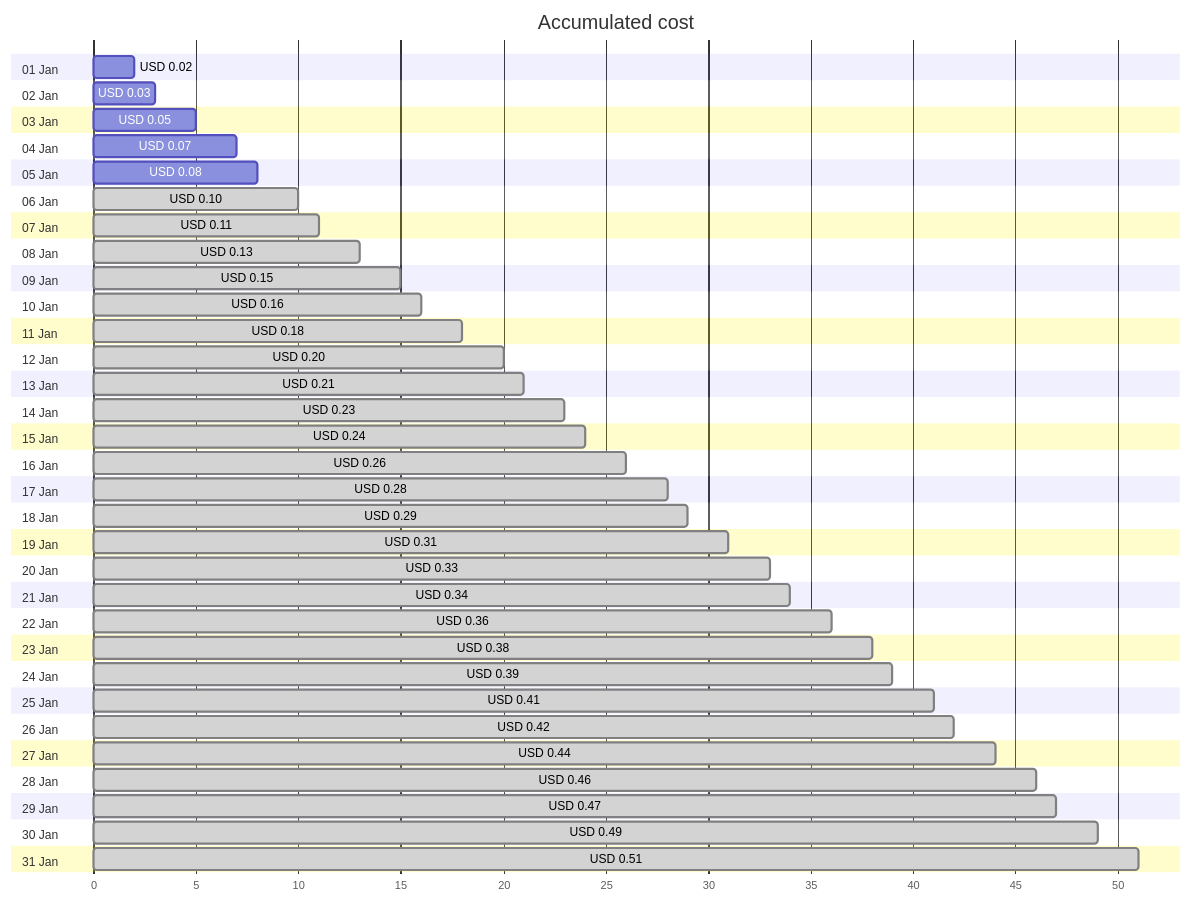
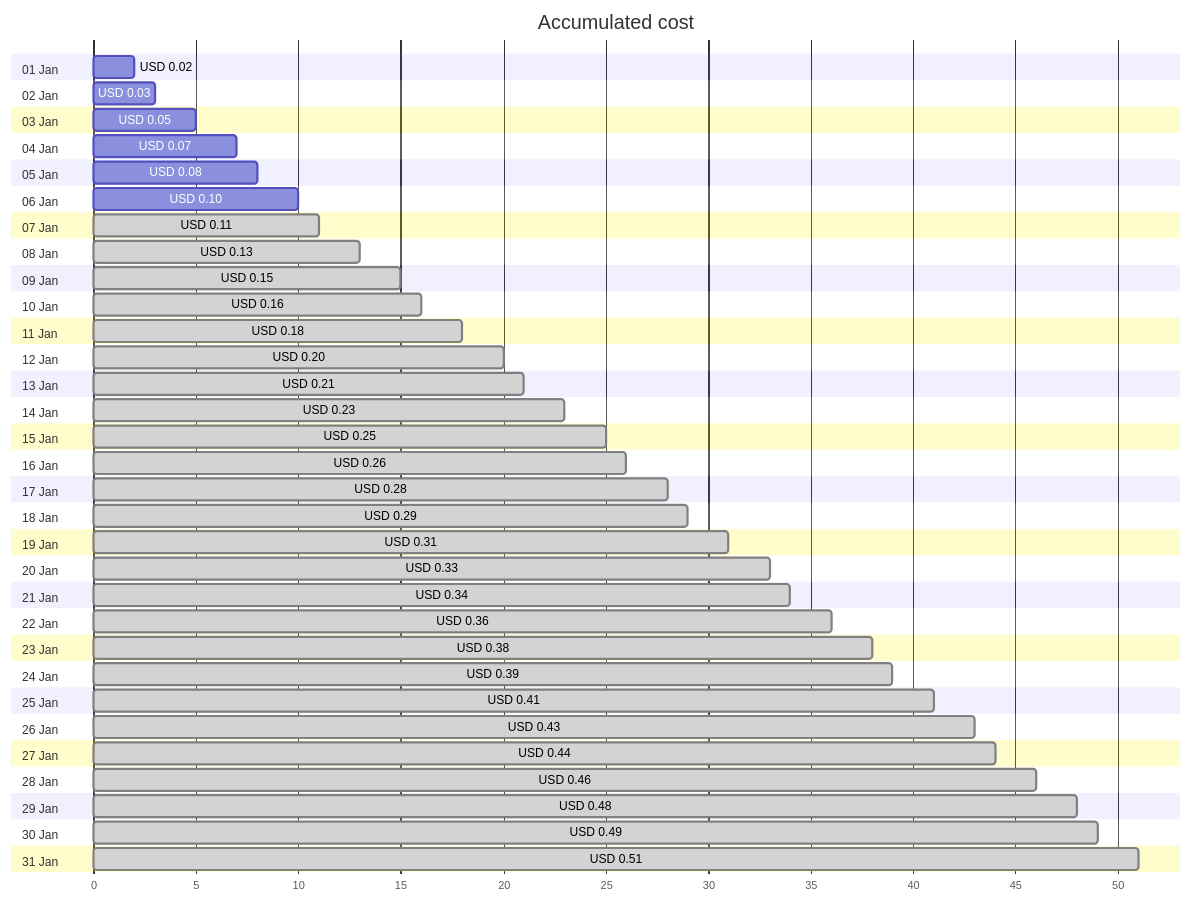
Before and after one commit to jpfulton/azure-personal-reports: the first of 4 diagrams in cost-reports/personal-dns/jpatrickfulton.dev.md, drawn with Mermaid. The commit also changed other lines of this file and 2 other files, not shown here.

````diff
--- a/cost-reports/personal-dns/jpatrickfulton.dev.md
+++ b/cost-reports/personal-dns/jpatrickfulton.dev.md
@@ -20,68 +20,68 @@
 ```mermaid
 gantt
    title Accumulated cost
    dateFormat  X
    axisFormat %s
    section 01 Jan
    USD 0.02 :0, 2
    section 02 Jan
    USD 0.03 :0, 3
    section 03 Jan
    USD 0.05 :0, 5
    section 04 Jan
    USD 0.07 :0, 7
    section 05 Jan
    USD 0.08 :0, 8
    section 06 Jan
-   USD 0.10 : done, 0, 10
+   USD 0.10 :0, 10
    section 07 Jan
    USD 0.11 : done, 0, 11
    section 08 Jan
    USD 0.13 : done, 0, 13
    section 09 Jan
    USD 0.15 : done, 0, 15
    section 10 Jan
    USD 0.16 : done, 0, 16
    section 11 Jan
    USD 0.18 : done, 0, 18
    section 12 Jan
    USD 0.20 : done, 0, 20
    section 13 Jan
    USD 0.21 : done, 0, 21
    section 14 Jan
    USD 0.23 : done, 0, 23
    section 15 Jan
-   USD 0.24 : done, 0, 24
+   USD 0.25 : done, 0, 25
    section 16 Jan
    USD 0.26 : done, 0, 26
    section 17 Jan
    USD 0.28 : done, 0, 28
    section 18 Jan
    USD 0.29 : done, 0, 29
    section 19 Jan
    USD 0.31 : done, 0, 31
    section 20 Jan
    USD 0.33 : done, 0, 33
    section 21 Jan
    USD 0.34 : done, 0, 34
    section 22 Jan
    USD 0.36 : done, 0, 36
    section 23 Jan
    USD 0.38 : done, 0, 38
    section 24 Jan
    USD 0.39 : done, 0, 39
    section 25 Jan
    USD 0.41 : done, 0, 41
    section 26 Jan
-   USD 0.42 : done, 0, 42
+   USD 0.43 : done, 0, 43
    section 27 Jan
    USD 0.44 : done, 0, 44
    section 28 Jan
    USD 0.46 : done, 0, 46
    section 29 Jan
-   USD 0.47 : done, 0, 47
+   USD 0.48 : done, 0, 48
    section 30 Jan
    USD 0.49 : done, 0, 49
    section 31 Jan
    USD 0.51 : done, 0, 51
 ```
````
